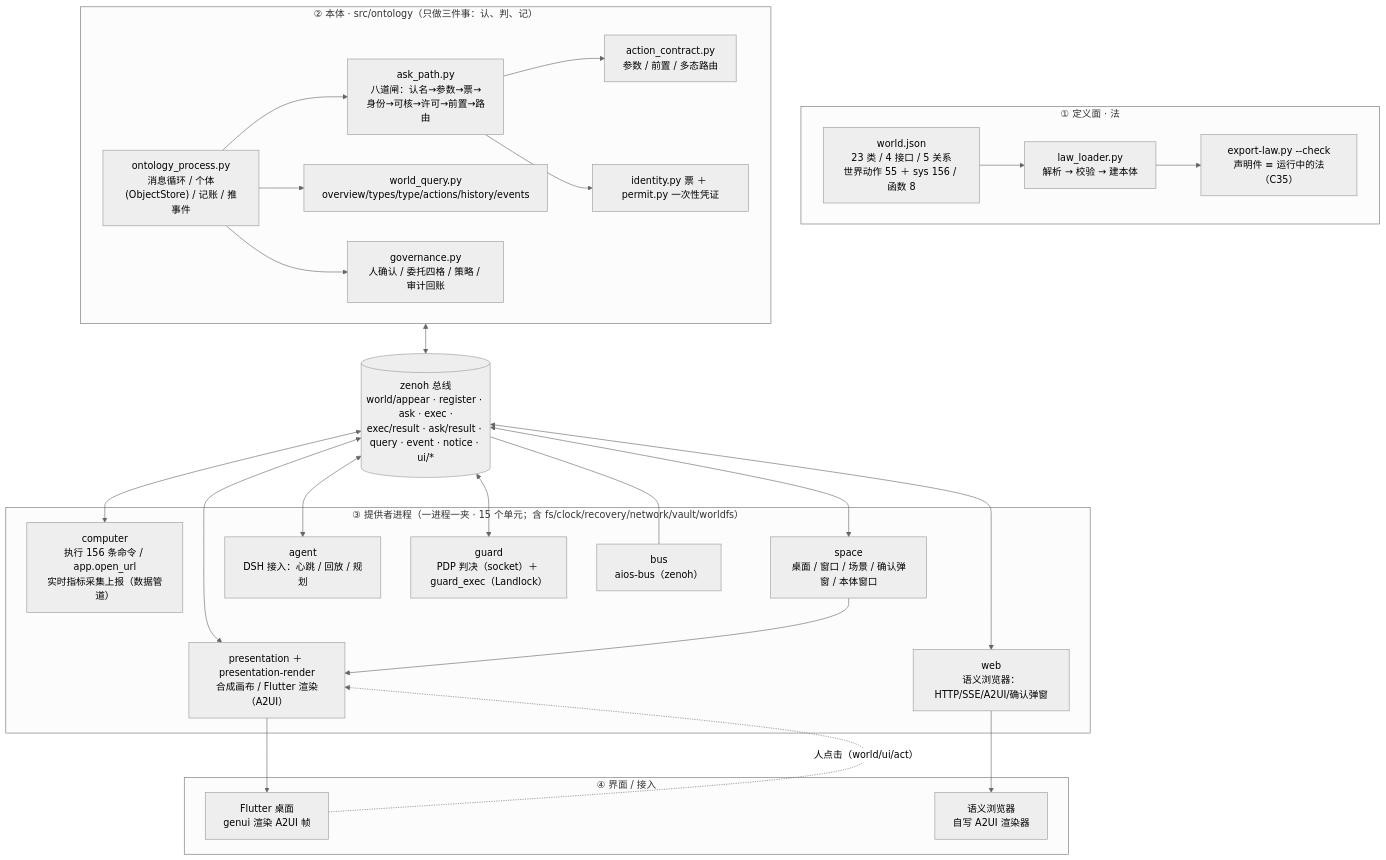
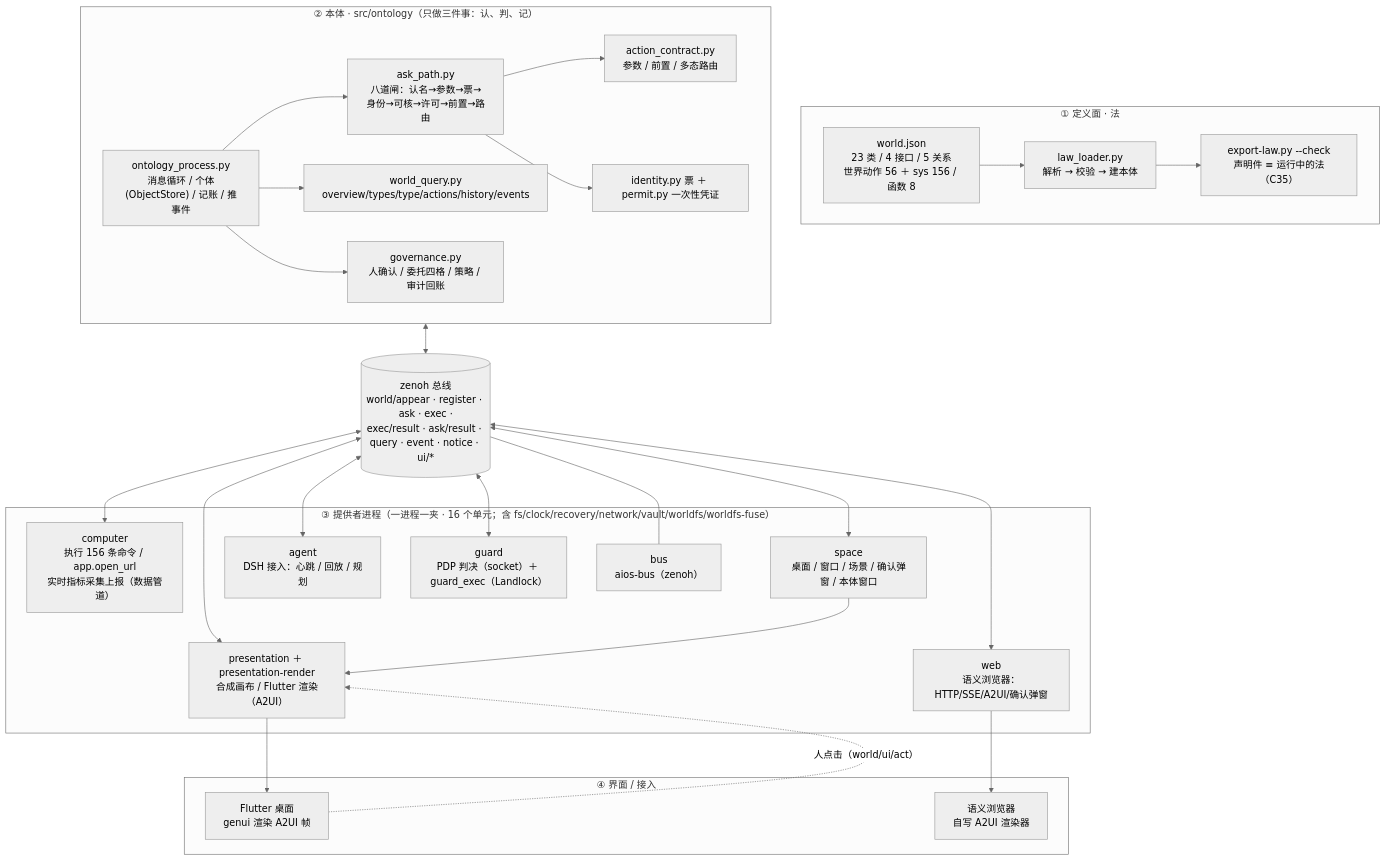
The first of 4 diagrams in docs/ARCHITECTURE.md (ZiFan1117/worldcore), drawn with Mermaid (neutral theme) before and after one commit. The commit also changed other lines of this file and 18 other files, not shown here.

````diff
--- a/docs/ARCHITECTURE.md
+++ b/docs/ARCHITECTURE.md
@@ -8,53 +8,53 @@
 ```mermaid
 flowchart TB
   subgraph L1[① 定义面 · 法]
-    LAW["world.json<br/>23 类 / 4 接口 / 5 关系<br/>世界动作 55 ＋ sys 156 / 函数 8"]
+    LAW["world.json<br/>23 类 / 4 接口 / 5 关系<br/>世界动作 56 ＋ sys 156 / 函数 8"]
     LOADER["law_loader.py<br/>解析 → 校验 → 建本体"]
     EXPORT["export-law.py --check<br/>声明件 ≡ 运行中的法（C35）"]
     LAW --> LOADER
     LOADER --> EXPORT
   end
 
   subgraph L2[② 本体 · src/ontology（只做三件事：认、判、记）]
     PROC["ontology_process.py<br/>消息循环 / 个体(ObjectStore) / 记账 / 推事件"]
     GATE["ask_path.py<br/>八道闸：认名→参数→票→身份→可核→许可→前置→路由"]
     QUERY["world_query.py<br/>overview/types/type/actions/history/events"]
     GOV["governance.py<br/>人确认 / 委托四格 / 策略 / 审计回账"]
     ID["identity.py 票 ＋ permit.py 一次性凭证"]
     AC["action_contract.py<br/>参数 / 前置 / 多态路由"]
     PROC --> GATE --> AC
     PROC --> QUERY
     PROC --> GOV
     GATE --> ID
   end
 
   BUS[("zenoh 总线<br/>world/appear · register · ask · exec ·<br/>exec/result · ask/result · query · event · notice · ui/*")]
 
-  subgraph L3[③ 提供者进程（一进程一夹 · 15 个单元；含 fs/clock/recovery/network/vault/worldfs）]
+  subgraph L3[③ 提供者进程（一进程一夹 · 16 个单元；含 fs/clock/recovery/network/vault/worldfs/worldfs-fuse）]
     COMP["computer<br/>执行 156 条命令 / app.open_url<br/>实时指标采集上报（数据管道）"]
     PRES["presentation ＋ presentation-render<br/>合成画布 / Flutter 渲染（A2UI）"]
     SPACE["space<br/>桌面 / 窗口 / 场景 / 确认弹窗 / 本体窗口"]
     AGENT["agent<br/>DSH 接入：心跳 / 回放 / 规划"]
     GUARD["guard<br/>PDP 判决（socket）＋ guard_exec（Landlock）"]
     WEB["web<br/>语义浏览器：HTTP/SSE/A2UI/确认弹窗"]
     BUSUNIT["bus<br/>aios-bus（zenoh）"]
   end
 
   subgraph L4[④ 界面 / 接入]
     FLUTTER["Flutter 桌面<br/>genui 渲染 A2UI 帧"]
     BROWSER["语义浏览器<br/>自写 A2UI 渲染器"]
   end
 
   L2 <--> BUS
   BUS <--> COMP
   BUS <--> PRES
   BUS <--> SPACE
   BUS <--> AGENT
   BUS <--> GUARD
   BUS <--> WEB
   BUS --- BUSUNIT
   PRES --> FLUTTER
   WEB --> BROWSER
   SPACE --> PRES
   FLUTTER -. "人点击（world/ui/act）" .-> PRES
 ```
````
